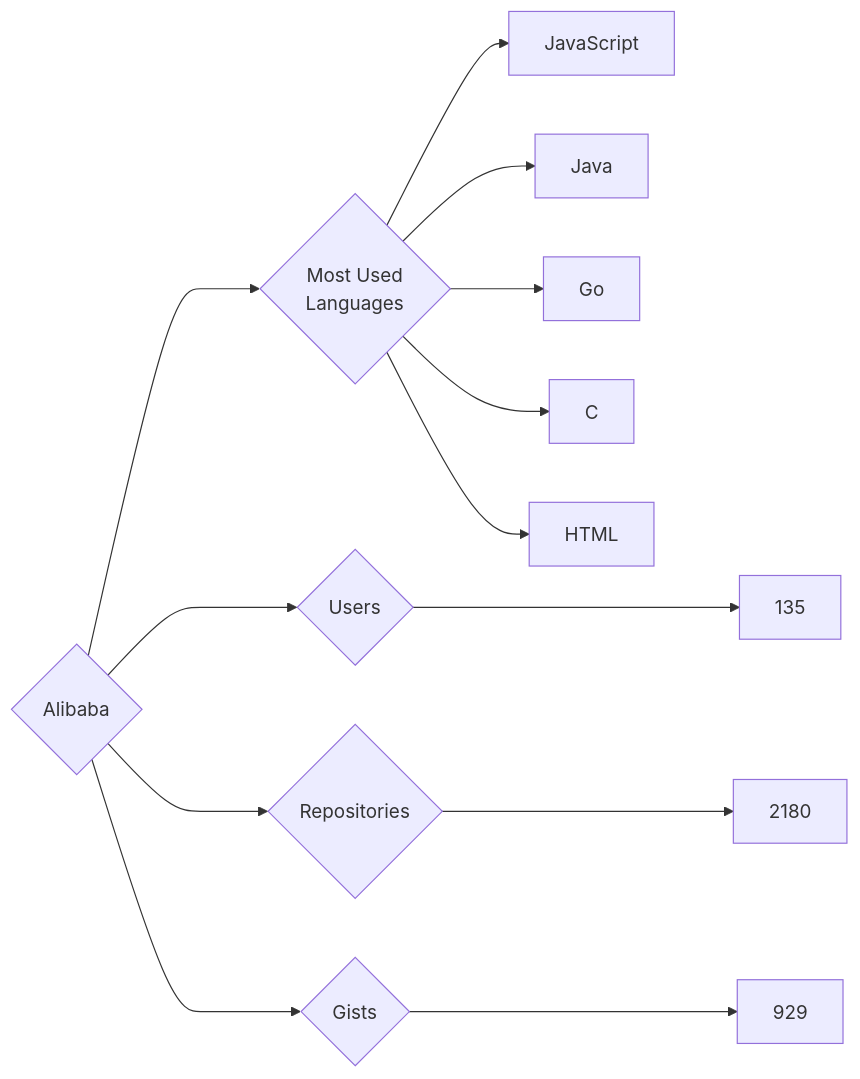
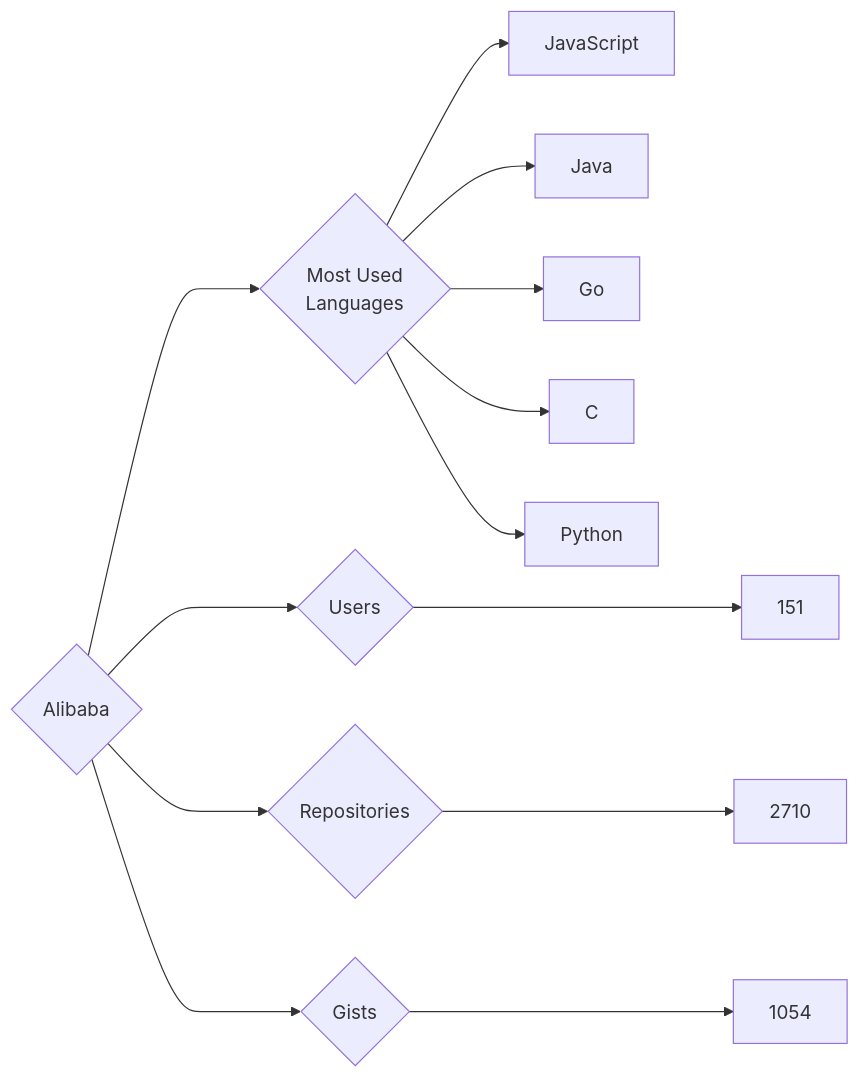
The diagram in targets/Alibaba/README.md (trickest/insiders), drawn with Mermaid before and after one commit. The commit also changed 757 other files, not shown here.

````diff
--- a/targets/Alibaba/README.md
+++ b/targets/Alibaba/README.md
@@ -3,13 +3,13 @@
 ```mermaid
 graph LR
 COMPANY_NAME{Alibaba}
-COMPANY_NAME ---> U{Users} ---> UN[135]
-COMPANY_NAME ---> R{Repositories} ---> RN[2180]
-COMPANY_NAME ---> G{Gists} ---> GN[929]
+COMPANY_NAME ---> U{Users} ---> UN[151]
+COMPANY_NAME ---> R{Repositories} ---> RN[2710]
+COMPANY_NAME ---> G{Gists} ---> GN[1054]
 COMPANY_NAME ---> ML{Most Used<br>Languages}
 ML --> JavaScript[JavaScript]
 ML --> Java[Java]
 ML --> Go[Go]
 ML --> C[C]
-ML --> HTML[HTML]
+ML --> Python[Python]
 ```
````
